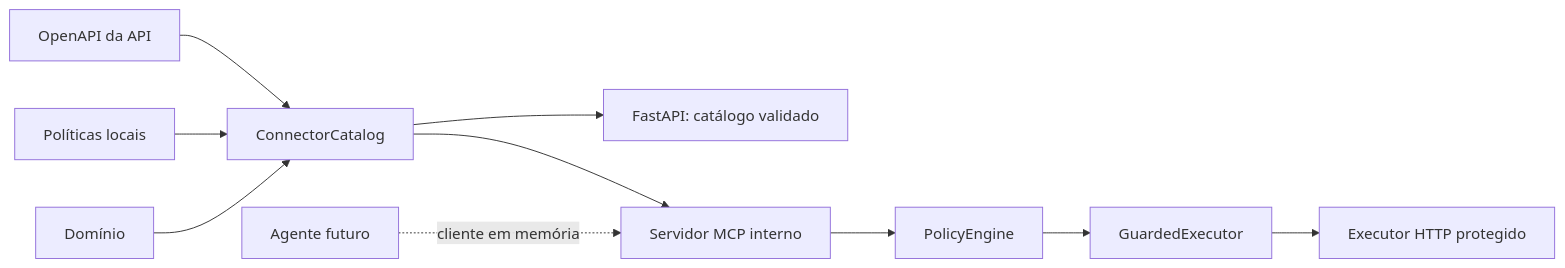
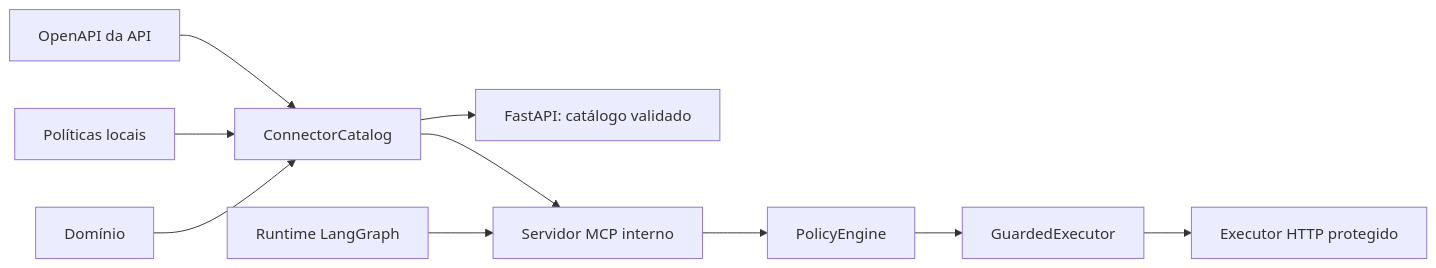
The diagram in README.md (ChristianGandra21/indusguard), drawn with Mermaid before and after one commit. The commit also changed other lines of this file and 14 other files, not shown here.

Commit message:
feat: add internal LangGraph agent runtime

````diff
--- a/README.md
+++ b/README.md
@@ -49,12 +50,12 @@
 ```mermaid
 flowchart LR
     O[OpenAPI da API] --> C[ConnectorCatalog]
     Y[Políticas locais] --> C
     D[Domínio] --> C
     C --> F[FastAPI: catálogo validado]
     C --> M[Servidor MCP interno]
     M --> P[PolicyEngine]
     P --> G[GuardedExecutor]
     G --> E[Executor HTTP protegido]
-    A[Agente futuro] -. cliente em memória .-> M
+    A[Runtime LangGraph] --> M
 ```
````
